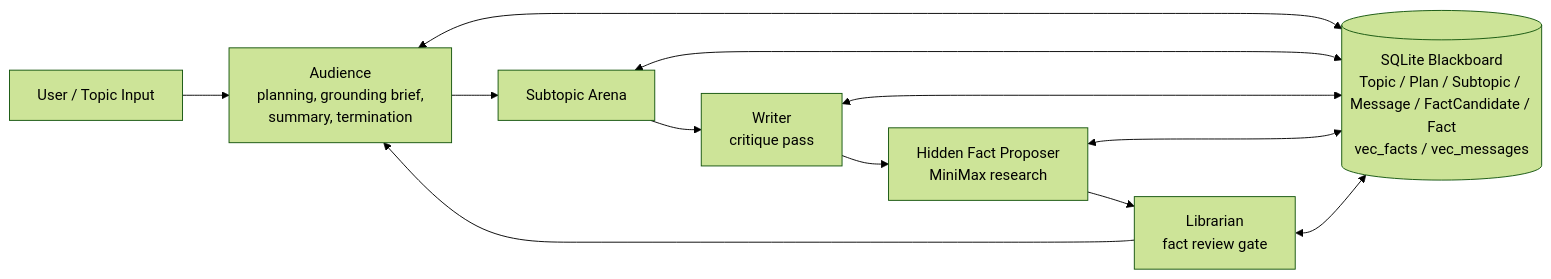
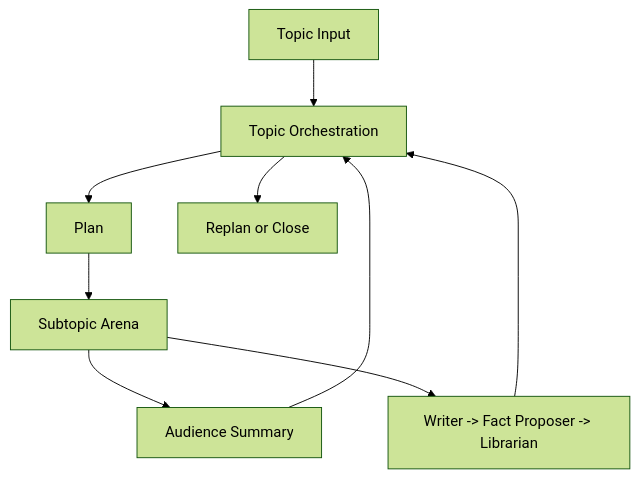
Before and after one commit to G-R-O-X/Grox_chat: the first of 2 diagrams in README.md, drawn with Mermaid (forest theme). The commit also changed other lines of this file and 14 other files, not shown here.

````diff
--- a/README.md
+++ b/README.md
@@ -36,17 +33,11 @@
 ```mermaid
-flowchart LR
-    User[User / Topic Input] --> Audience[Audience<br/>planning, grounding brief,<br/>summary, termination]
-    Audience --> Arena[Subtopic Arena]
-    Arena --> Writer[Writer<br/>critique pass]
-    Writer --> Proposer[Hidden Fact Proposer<br/>MiniMax research]
-    Proposer --> Librarian[Librarian<br/>fact review gate]
-    Librarian --> Audience
-
-    Memory[(SQLite Blackboard<br/>Topic / Plan / Subtopic / Message / FactCandidate / Fact<br/>vec_facts / vec_messages)]
-
-    Audience <--> Memory
-    Arena <--> Memory
-    Writer <--> Memory
-    Proposer <--> Memory
-    Librarian <--> Memory
+flowchart TD
+    User[Topic Input] --> TopicGraph[Topic Orchestration]
+    TopicGraph --> Plan[Plan]
+    Plan --> Arena[Subtopic Arena]
+    Arena --> Summary[Audience Summary]
+    Arena --> Facts[Writer -> Fact Proposer -> Librarian]
+    Summary --> TopicGraph
+    Facts --> TopicGraph
+    TopicGraph --> Close[Replan or Close]
 ```
````
